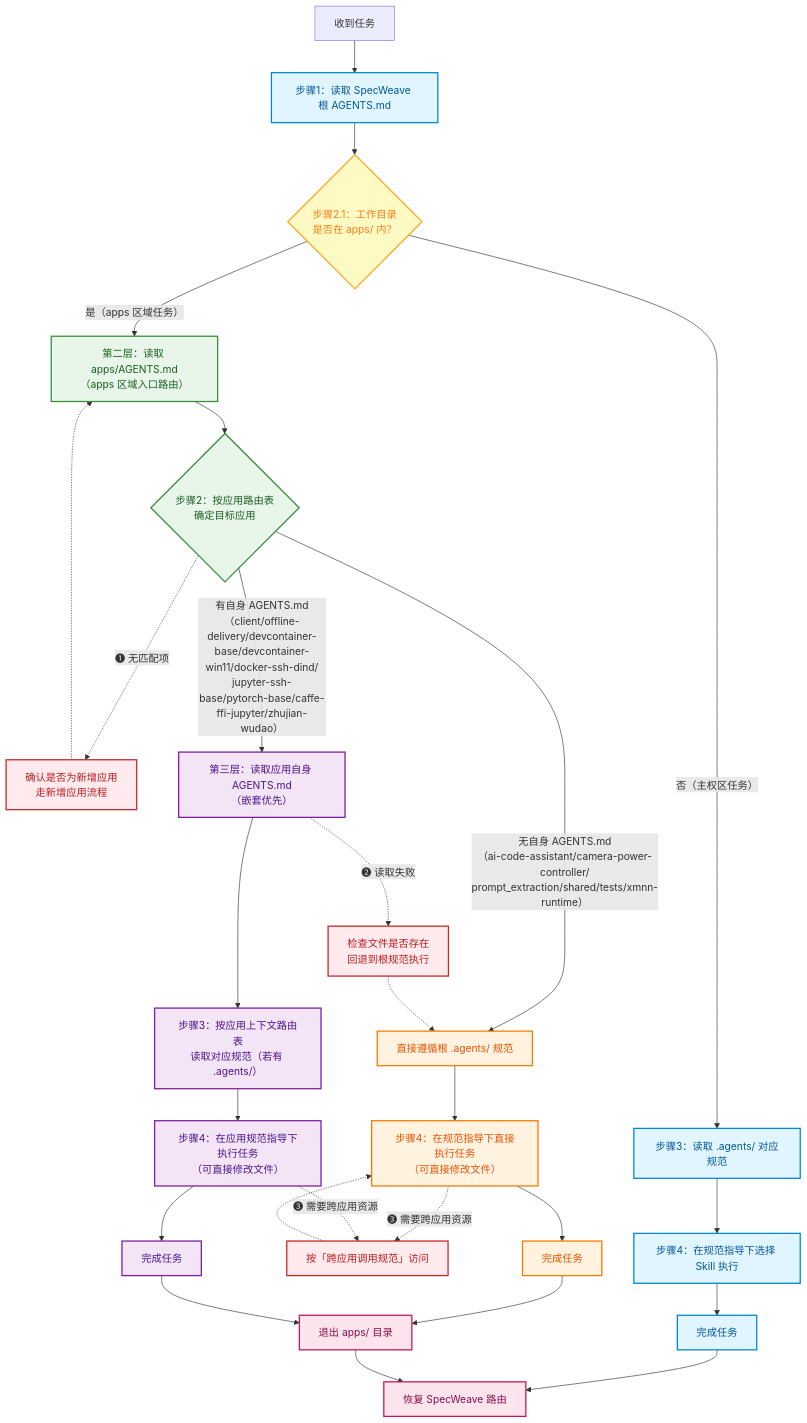
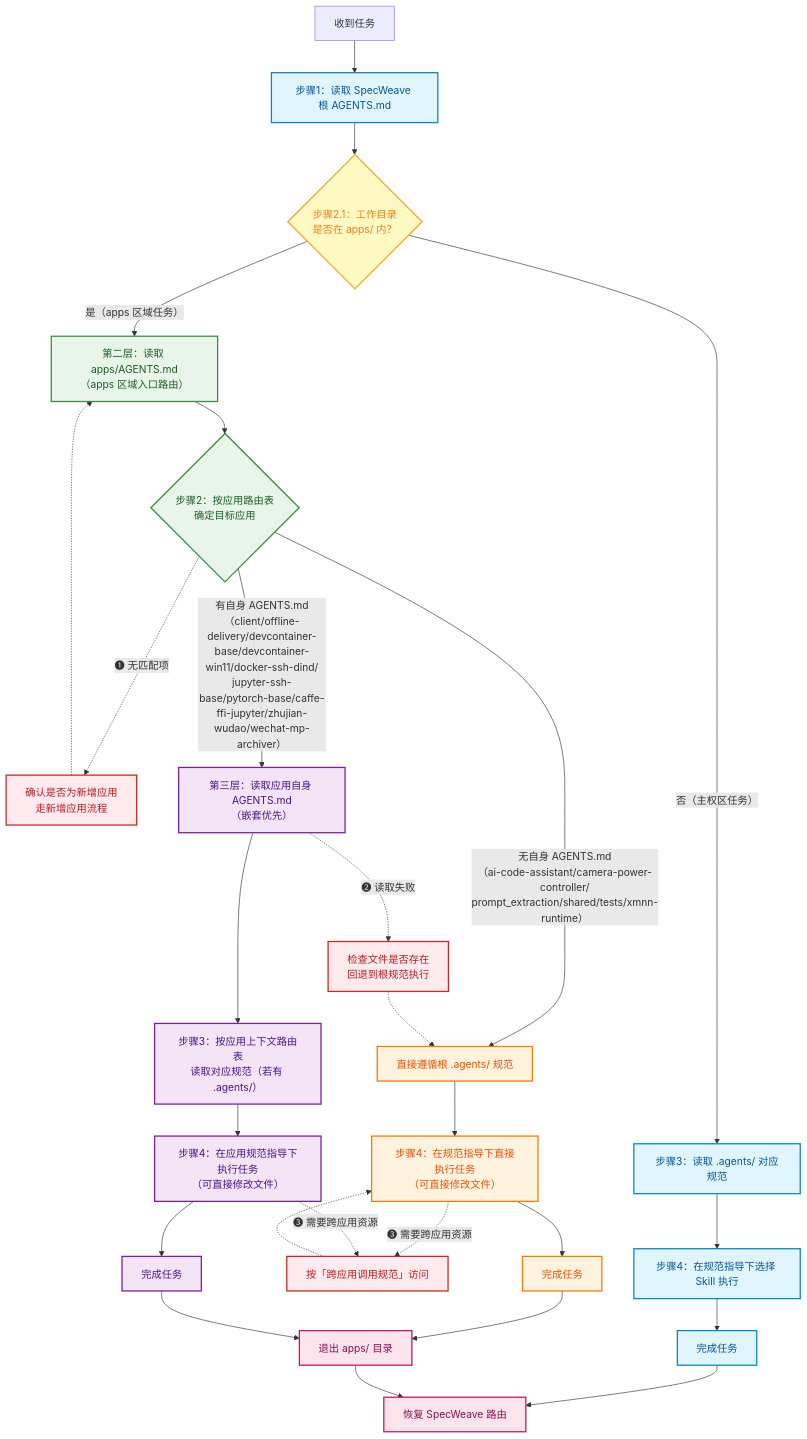
The diagram in apps/AGENTS.md (xinetzone/SpecWeave), drawn with Mermaid before and after one commit. The commit also changed other lines of this file and 4 other files, not shown here.

First line of the commit message:
chore(wechat-mp-archiver): 新增应用级 AGENTS.md 与 .agents/ 资产容器并登记应用自治

````diff
--- a/apps/AGENTS.md
+++ b/apps/AGENTS.md
@@ -99,43 +103,43 @@
 ```mermaid
 flowchart TD
     Start["收到任务"] --> Step1["步骤1：读取 SpecWeave 根 AGENTS.md"]
     Step1 --> Step21{"步骤2.1：工作目录<br/>是否在 apps/ 内？"}
     Step21 -->|"否（主权区任务）"| Step3A["步骤3：读取 .agents/ 对应规范"]
     Step3A --> Step4A["步骤4：在规范指导下选择 Skill 执行"]
     Step4A --> Done1["完成任务"]
     Step21 -->|"是（apps 区域任务）"| Layer2["第二层：读取 apps/AGENTS.md<br/>（apps 区域入口路由）"]
     Layer2 --> SubApp{"步骤2：按应用路由表<br/>确定目标应用"}
     SubApp -.->|"❶ 无匹配项"| E1["确认是否为新增应用<br/>走新增应用流程"]
     E1 -.-> Layer2
-    SubApp -->|"有自身 AGENTS.md<br/>（client/offline-delivery/devcontainer-base/devcontainer-win11/docker-ssh-dind/<br/>jupyter-ssh-base/pytorch-base/caffe-ffi-jupyter/zhujian-wudao）"| Layer3["第三层：读取应用自身 AGENTS.md<br/>（嵌套优先）"]
+    SubApp -->|"有自身 AGENTS.md<br/>（client/offline-delivery/devcontainer-base/devcontainer-win11/docker-ssh-dind/<br/>jupyter-ssh-base/pytorch-base/caffe-ffi-jupyter/zhujian-wudao/wechat-mp-archiver）"| Layer3["第三层：读取应用自身 AGENTS.md<br/>（嵌套优先）"]
     SubApp -->|"无自身 AGENTS.md<br/>（ai-code-assistant/camera-power-controller/<br/>prompt_extraction/shared/tests/xmnn-runtime）"| Direct["直接遵循根 .agents/ 规范"]
     Layer3 -.->|"❷ 读取失败"| E2["检查文件是否存在<br/>回退到根规范执行"]
     E2 -.-> Direct
     Layer3 --> Step3B["步骤3：按应用上下文路由表<br/>读取对应规范（若有 .agents/）"]
     Direct --> Step4B["步骤4：在规范指导下直接执行任务<br/>（可直接修改文件）"]
     Step3B --> Step4C["步骤4：在应用规范指导下执行任务<br/>（可直接修改文件）"]
     Step4B -.->|"❸ 需要跨应用资源"| E3["按「跨应用调用规范」访问"]
     Step4C -.->|"❸ 需要跨应用资源"| E3
     E3 -.-> Step4B
     Step4B --> Done2["完成任务"]
     Step4C --> Done3["完成任务"]
     Done2 --> Exit["退出 apps/ 目录"]
     Done3 --> Exit
     Done1 --> Restore["恢复 SpecWeave 路由"]
     Exit --> Restore
     %% 样式分层
     classDef specWeave fill:#e1f5fe,stroke:#0288d1,stroke-width:2px,color:#01579b
     classDef apps fill:#e8f5e9,stroke:#388e3c,stroke-width:2px,color:#1b5e20
     classDef appWithAgents fill:#f3e5f5,stroke:#7b1fa2,stroke-width:2px,color:#4a148c
     classDef appDirect fill:#fff3e0,stroke:#f57c00,stroke-width:2px,color:#e65100
     classDef exit fill:#fce4ec,stroke:#c2185b,stroke-width:2px,color:#880e4f
     classDef decision fill:#fff9c4,stroke:#f9a825,stroke-width:2px,color:#f57f17
     classDef error fill:#ffebee,stroke:#c62828,stroke-width:2px,color:#b71c1c
     class Step1,Step3A,Step4A,Done1 specWeave
     class Layer2,SubApp apps
     class Layer3,Step3B,Step4C,Done3 appWithAgents
     class Direct,Step4B,Done2 appDirect
     class Step21 decision
     class Exit,Restore exit
     class E1,E2,E3 error
 ```
````
